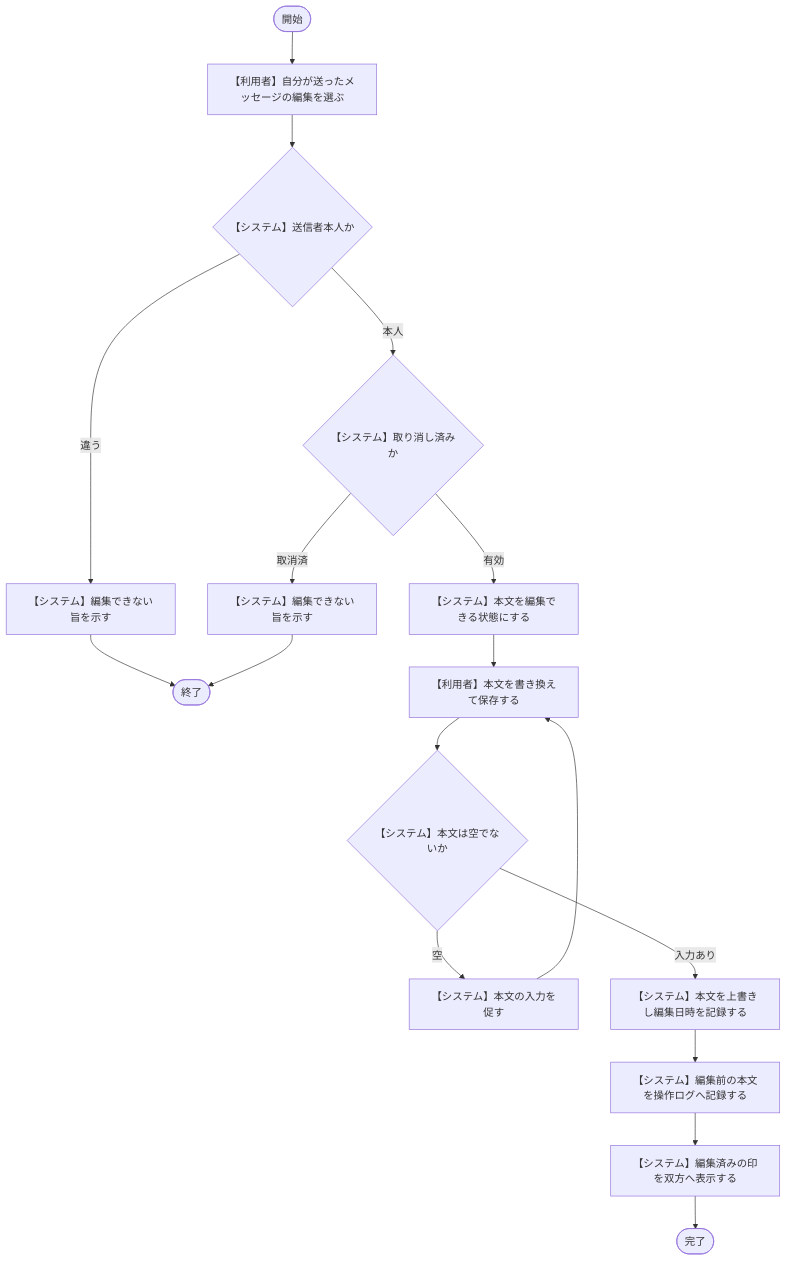
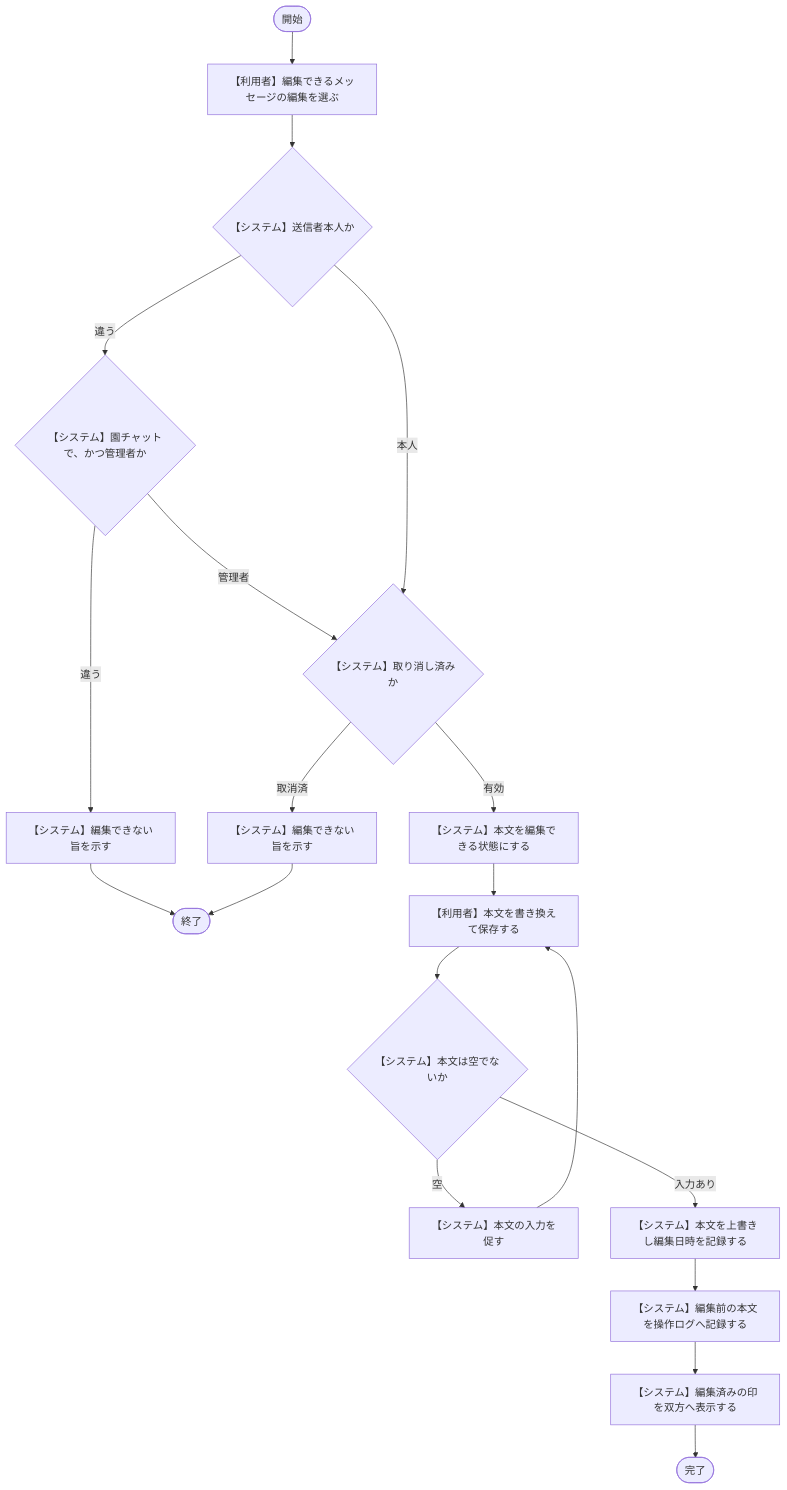
Before and after one commit to issei0423/sukusuku_system: the ninth of 14 diagrams in 図/アクティビティ図.md, drawn with Mermaid. The commit also changed other lines of this file and 2 other files, not shown here.

First line of the commit message:
基本設計書 第2.1版「メッセージの編集」の改訂と、追随する図・進捗ログを記録した

````diff
--- a/図/アクティビティ図.md
+++ b/図/アクティビティ図.md
@@ -285,19 +286,21 @@
 ```mermaid
 flowchart TD
-    S(["開始"]) --> A1["【利用者】自分が送ったメッセージの編集を選ぶ"]
+    S(["開始"]) --> A1["【利用者】編集できるメッセージの編集を選ぶ"]
     A1 --> D1{"【システム】送信者本人か"}
-    D1 -->|違う| A2["【システム】編集できない旨を示す"]
+    D1 -->|違う| D1b{"【システム】園チャットで、かつ管理者か"}
+    D1b -->|違う| A2["【システム】編集できない旨を示す"]
     A2 --> E2(["終了"])
+    D1b -->|管理者| D2
     D1 -->|本人| D2{"【システム】取り消し済みか"}
     D2 -->|取消済| A3["【システム】編集できない旨を示す"]
     A3 --> E2
     D2 -->|有効| A4["【システム】本文を編集できる状態にする"]
     A4 --> A5["【利用者】本文を書き換えて保存する"]
     A5 --> D3{"【システム】本文は空でないか"}
     D3 -->|空| A6["【システム】本文の入力を促す"]
     A6 --> A5
     D3 -->|入力あり| A7["【システム】本文を上書きし編集日時を記録する"]
     A7 --> A8["【システム】編集前の本文を操作ログへ記録する"]
     A8 --> A9["【システム】編集済みの印を双方へ表示する"]
     A9 --> E(["完了"])
 ```
````
